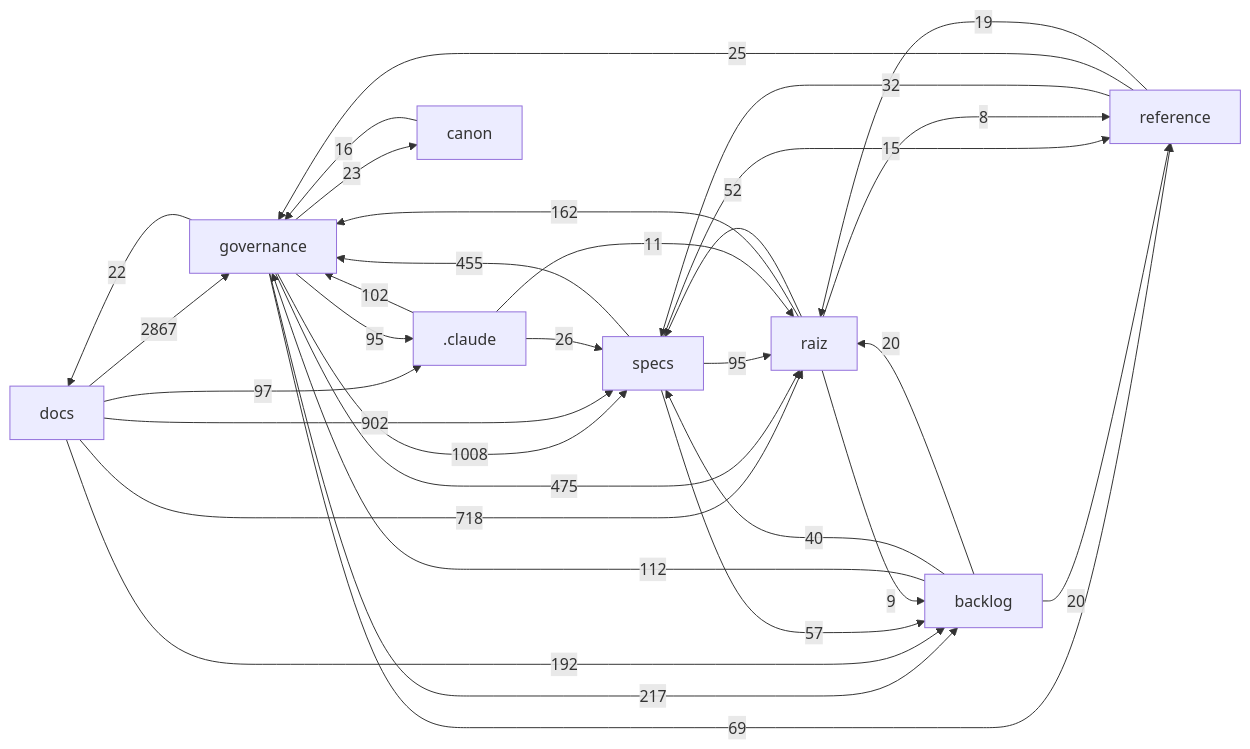
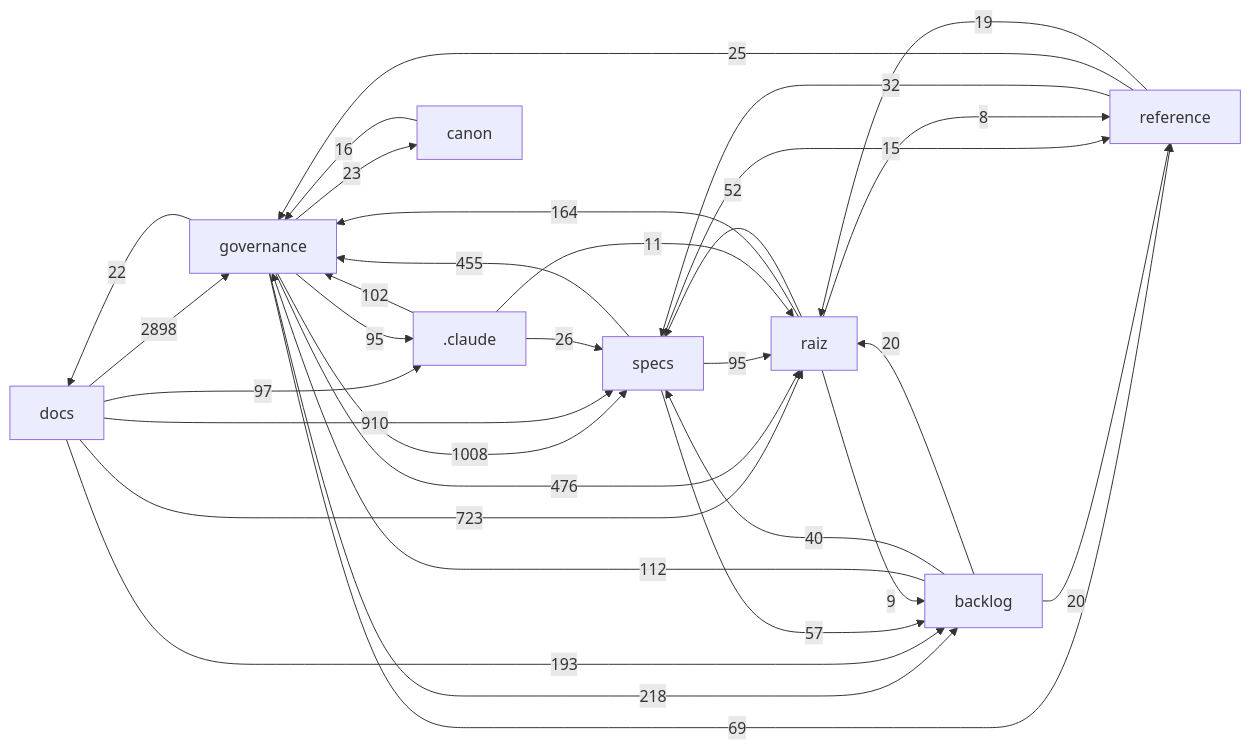
Before and after one commit to Andraus35/Sistema-Operacional-de-Trading--SOT: the diagram in docs/mapa/MAPA-PROJETO.md, drawn with Mermaid. The commit also changed other lines of this file and 8 other files, not shown here.

````diff
--- a/docs/mapa/MAPA-PROJETO.md
+++ b/docs/mapa/MAPA-PROJETO.md
@@ -29,34 +29,34 @@
 ```mermaid
 flowchart LR
-  docs["docs"] -->|2867| governance["governance"]
+  docs["docs"] -->|2898| governance["governance"]
   governance["governance"] -->|1008| specs["specs"]
-  docs["docs"] -->|902| specs["specs"]
-  docs["docs"] -->|718| raiz["raiz"]
-  governance["governance"] -->|475| raiz["raiz"]
+  docs["docs"] -->|910| specs["specs"]
+  docs["docs"] -->|723| raiz["raiz"]
+  governance["governance"] -->|476| raiz["raiz"]
   specs["specs"] -->|455| governance["governance"]
-  governance["governance"] -->|217| backlog["backlog"]
-  docs["docs"] -->|192| backlog["backlog"]
-  raiz["raiz"] -->|162| governance["governance"]
+  governance["governance"] -->|218| backlog["backlog"]
+  docs["docs"] -->|193| backlog["backlog"]
+  raiz["raiz"] -->|164| governance["governance"]
   backlog["backlog"] -->|112| governance["governance"]
   _claude[".claude"] -->|102| governance["governance"]
   docs["docs"] -->|97| _claude[".claude"]
   governance["governance"] -->|95| _claude[".claude"]
   specs["specs"] -->|95| raiz["raiz"]
   governance["governance"] -->|69| reference["reference"]
   specs["specs"] -->|57| backlog["backlog"]
   raiz["raiz"] -->|52| specs["specs"]
   backlog["backlog"] -->|40| specs["specs"]
   reference["reference"] -->|32| specs["specs"]
   _claude[".claude"] -->|26| specs["specs"]
   reference["reference"] -->|25| governance["governance"]
   governance["governance"] -->|23| canon["canon"]
   governance["governance"] -->|22| docs["docs"]
   backlog["backlog"] -->|20| raiz["raiz"]
   backlog["backlog"] -->|20| reference["reference"]
   reference["reference"] -->|19| raiz["raiz"]
   canon["canon"] -->|16| governance["governance"]
   specs["specs"] -->|15| reference["reference"]
   _claude[".claude"] -->|11| raiz["raiz"]
   raiz["raiz"] -->|9| backlog["backlog"]
   raiz["raiz"] -->|8| reference["reference"]
 ```
````
